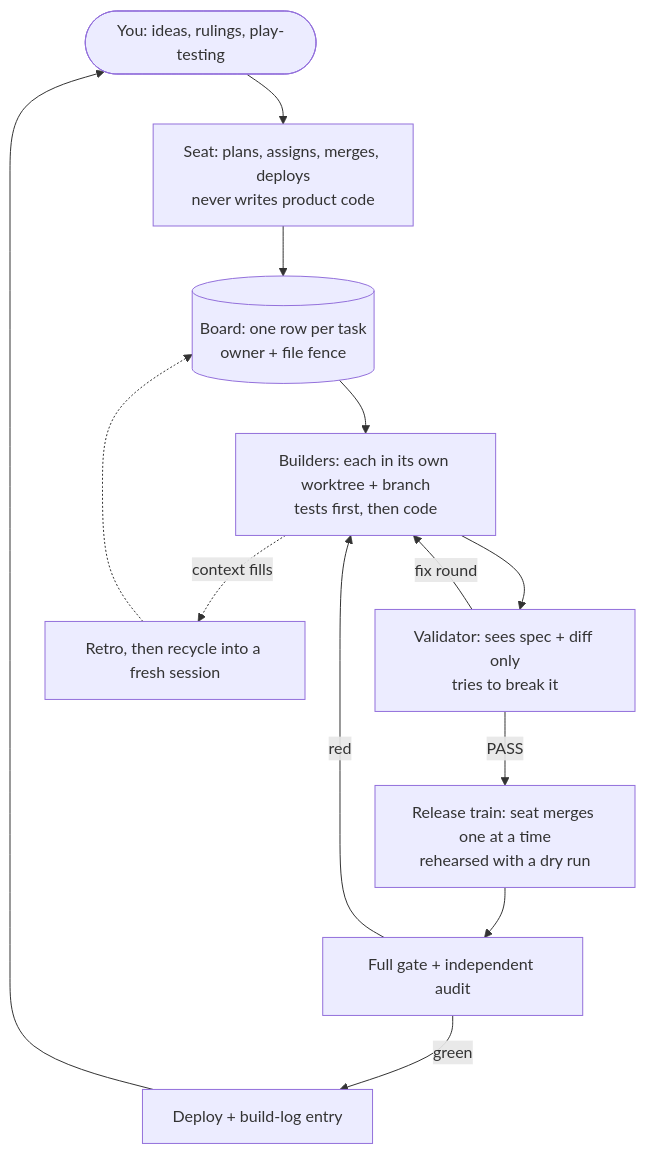
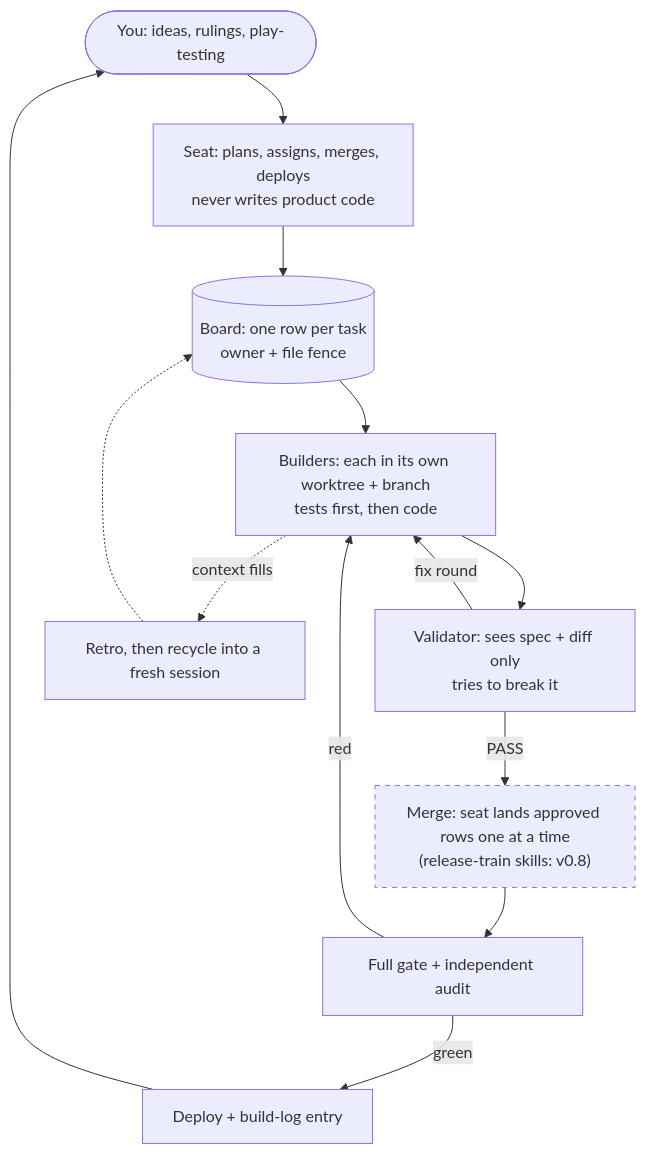
One commit to Artekka/claude-orchestration-kit changed the diagram in HOW-IT-WORKS.md. Above: the diagram before and after it, drawn with Mermaid. The commit also changed other lines of this file and 2 other files, not shown here.

````diff
--- a/HOW-IT-WORKS.md
+++ b/HOW-IT-WORKS.md
@@ -13,15 +13,17 @@
 ```mermaid
 flowchart TD
   human(["You: ideas, rulings, play-testing"]) --> seat["Seat: plans, assigns, merges, deploys<br/>never writes product code"]
   seat --> board[("Board: one row per task<br/>owner + file fence")]
   board --> builders["Builders: each in its own worktree + branch<br/>tests first, then code"]
   builders --> validator["Validator: sees spec + diff only<br/>tries to break it"]
-  validator -->|PASS| train["Release train: seat merges one at a time<br/>rehearsed with a dry run"]
+  validator -->|PASS| train["Merge: seat lands approved rows one at a time<br/>(release-train skills: v0.8)"]
   validator -->|fix round| builders
   train --> gate["Full gate + independent audit"]
   gate -->|green| deploy["Deploy + build-log entry"]
   gate -->|red| builders
   deploy --> human
   builders -.->|context fills| recycle["Retro, then recycle into a fresh session"]
   recycle -.-> board
+  classDef pending stroke-dasharray: 5 5
+  class train pending
 ```
````
